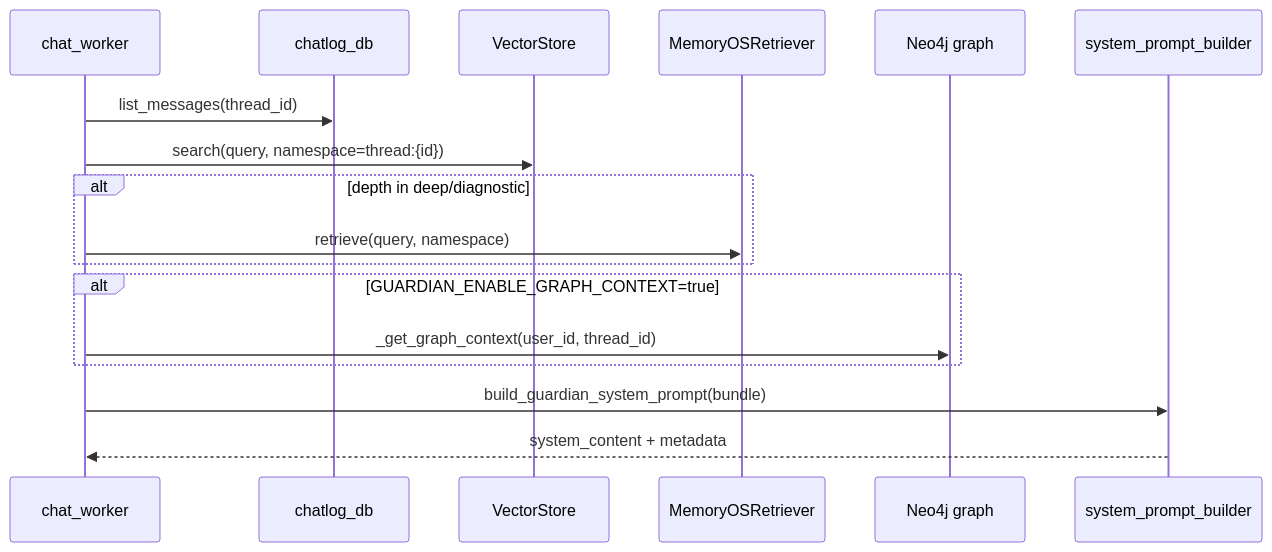
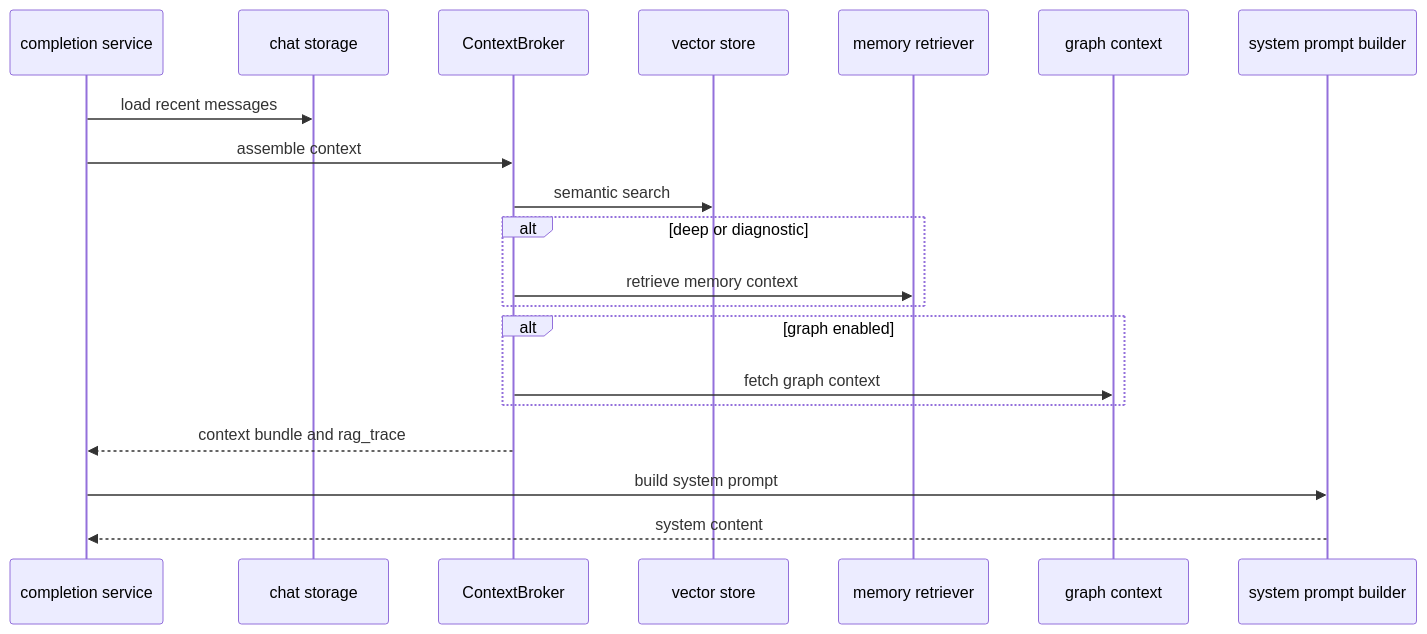
The second of 4 diagrams in docs/architecture/flows.md (Resonant-Jones/Codexify), drawn with Mermaid before and after one commit. The commit also changed other lines of this file and 7 other files, not shown here.

````diff
--- a/docs/architecture/flows.md
+++ b/docs/architecture/flows.md
@@ -112,20 +111,23 @@
 ```mermaid
 sequenceDiagram
-    participant Worker as chat_worker
-    participant ChatDB as chatlog_db
-    participant Vector as VectorStore
-    participant Memory as MemoryOSRetriever
-    participant Graph as Neo4j graph
-    participant Prompt as system_prompt_builder
+    participant Service as completion service
+    participant ChatDB as chat storage
+    participant Broker as ContextBroker
+    participant Vector as vector store
+    participant Memory as memory retriever
+    participant Graph as graph context
+    participant Prompt as system prompt builder
 
-    Worker->>ChatDB: list_messages(thread_id)
-    Worker->>Vector: search(query, namespace=thread:{id})
-    alt depth in deep/diagnostic
-        Worker->>Memory: retrieve(query, namespace)
+    Service->>ChatDB: load recent messages
+    Service->>Broker: assemble context
+    Broker->>Vector: semantic search
+    alt deep or diagnostic
+        Broker->>Memory: retrieve memory context
     end
-    alt GUARDIAN_ENABLE_GRAPH_CONTEXT=true
-        Worker->>Graph: _get_graph_context(user_id, thread_id)
+    alt graph enabled
+        Broker->>Graph: fetch graph context
     end
-    Worker->>Prompt: build_guardian_system_prompt(bundle)
-    Prompt-->>Worker: system_content + metadata
+    Broker-->>Service: context bundle and rag_trace
+    Service->>Prompt: build system prompt
+    Prompt-->>Service: system content
 ```
````
